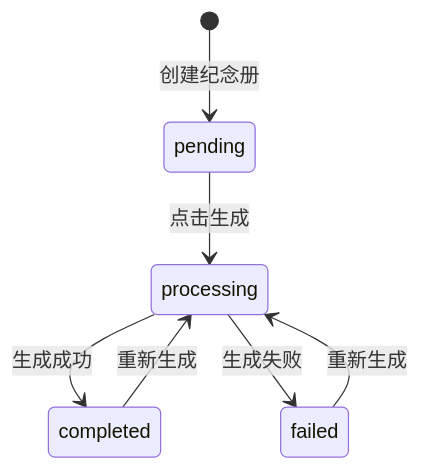
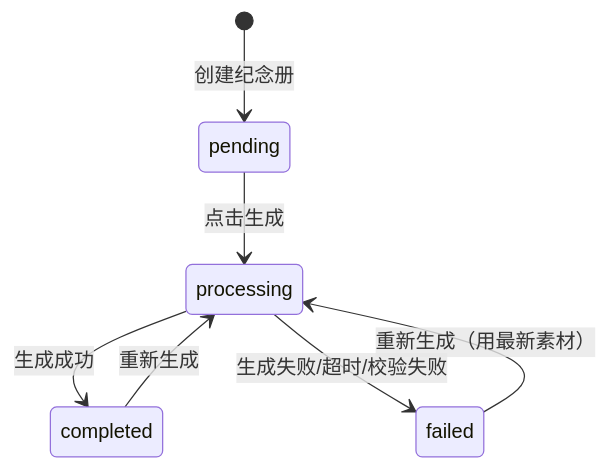
Before and after one commit to xiao111-star/YearArk: the fourth of 4 diagrams in .kiro/specs/album-render-pipeline/design.md, drawn with Mermaid. The commit also changed other lines of this file and 27 other files, not shown here.

````diff
--- a/.kiro/specs/album-render-pipeline/design.md
+++ b/.kiro/specs/album-render-pipeline/design.md
@@ -677,9 +541,9 @@
 ```mermaid
 stateDiagram-v2
     [*] --> pending: 创建纪念册
     pending --> processing: 点击生成
     processing --> completed: 生成成功
-    processing --> failed: 生成失败
-    failed --> processing: 重新生成
+    processing --> failed: 生成失败/超时/校验失败
+    failed --> processing: 重新生成（用最新素材）
     completed --> processing: 重新生成
 ```
````
